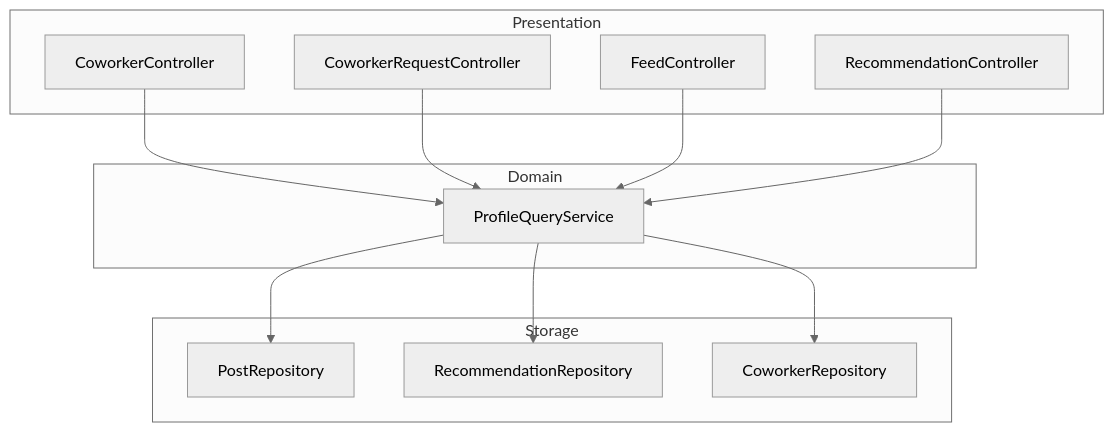
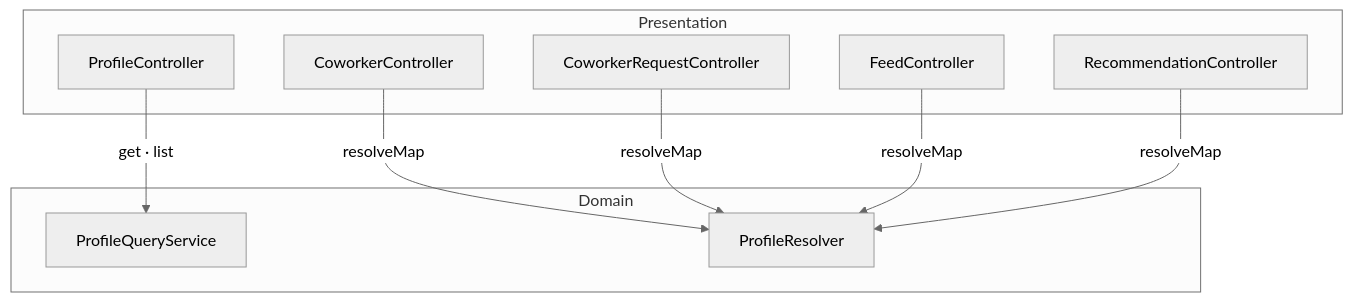
One commit to mortonCareer/bconnect changed the fourth of 6 diagrams in apps/api/docs/project-structure.md. Above: the diagram before and after it, drawn with Mermaid (neutral theme). The commit also changed other lines of this file and 104 other files, not shown here.

````diff
--- a/apps/api/docs/project-structure.md
+++ b/apps/api/docs/project-structure.md
@@ -143,25 +112,20 @@
 ```mermaid
 graph TD
   subgraph Presentation
+    ProfC[ProfileController]
     CowC[CoworkerController]
     CowRC[CoworkerRequestController]
     FeedC[FeedController]
     RecC[RecommendationController]
   end
   subgraph Domain
     ProfQ[ProfileQueryService]
-  end
-  subgraph Storage
-    PostRepo[PostRepository]
-    RecRepo[RecommendationRepository]
-    CowRepo[CoworkerRepository]
+    ProfR[ProfileResolver]
   end
 
-  CowC --> ProfQ
-  CowRC --> ProfQ
-  FeedC --> ProfQ
-  RecC --> ProfQ
-  ProfQ --> PostRepo
-  ProfQ --> RecRepo
-  ProfQ --> CowRepo
+  ProfC -->|get · list| ProfQ
+  CowC -->|resolveMap| ProfR
+  CowRC -->|resolveMap| ProfR
+  FeedC -->|resolveMap| ProfR
+  RecC -->|resolveMap| ProfR
 ```
````
